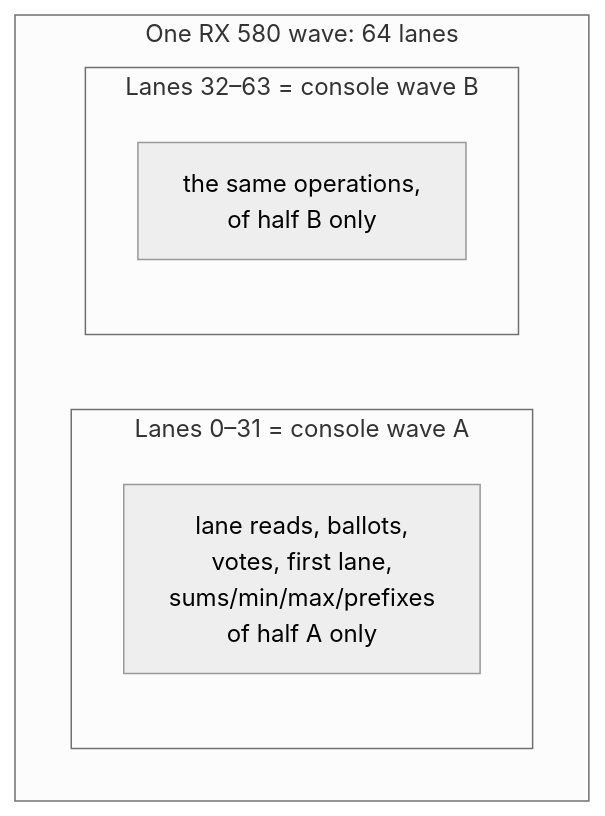
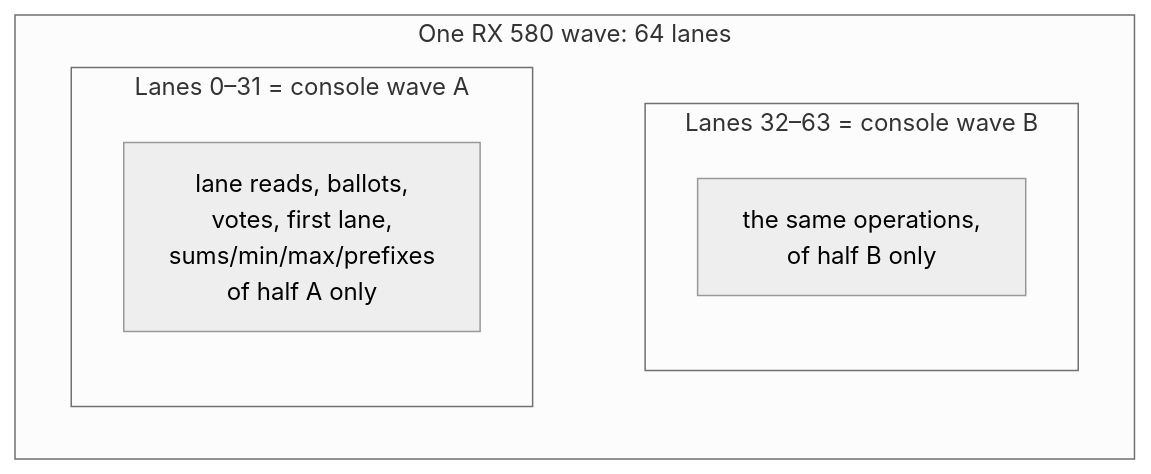
Before and after one commit to marcoscostaengineer/MARGARETE-RX580-OPTIMIZED: diagram 16 of 20 in README.md, drawn with Mermaid (neutral theme). The commit also changed other lines of this file, not shown here.

First line of the commit message:
README diagrams: timeline items shown, horizontal layouts, readable labels

````diff
--- a/README.md
+++ b/README.md
@@ -427,12 +435,13 @@
 ```mermaid
 flowchart TB
     subgraph Host["One RX 580 wave: 64 lanes"]
         direction LR
         subgraph A["Lanes 0–31 = console wave A"]
             A1["lane reads, ballots,<br/>votes, first lane,<br/>sums/min/max/prefixes<br/>of half A only"]
         end
         subgraph B["Lanes 32–63 = console wave B"]
             B1["the same operations,<br/>of half B only"]
         end
+        A ~~~ B
     end
 ```
````
